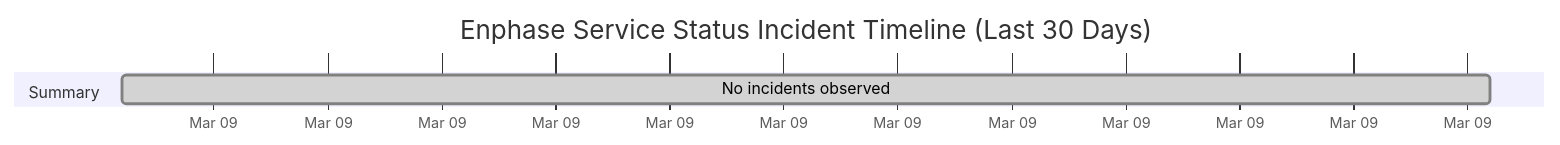
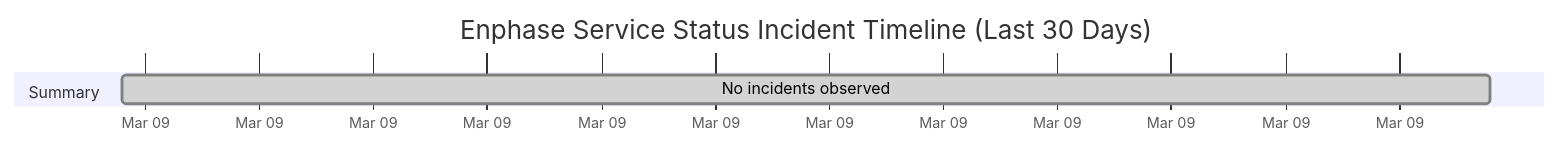
One commit to barneyonline/ha-enphase-ev-charger changed the diagram in wiki/Service-Status-History.md. Above: the diagram before and after it, drawn with Mermaid. The commit also changed other lines of this file and 3 other files, not shown here.

````diff
--- a/wiki/Service-Status-History.md
+++ b/wiki/Service-Status-History.md
@@ -14,8 +14,8 @@
 ```mermaid
 gantt
     title Enphase Service Status Incident Timeline (Last 30 Days)
     dateFormat  YYYY-MM-DDTHH:mm:ss
     axisFormat  %b %d
     section Summary
-    No incidents observed :done, 2026-03-09T13:59:21, 1m
+    No incidents observed :done, 2026-03-09T14:53:39, 1m
 ```
````
